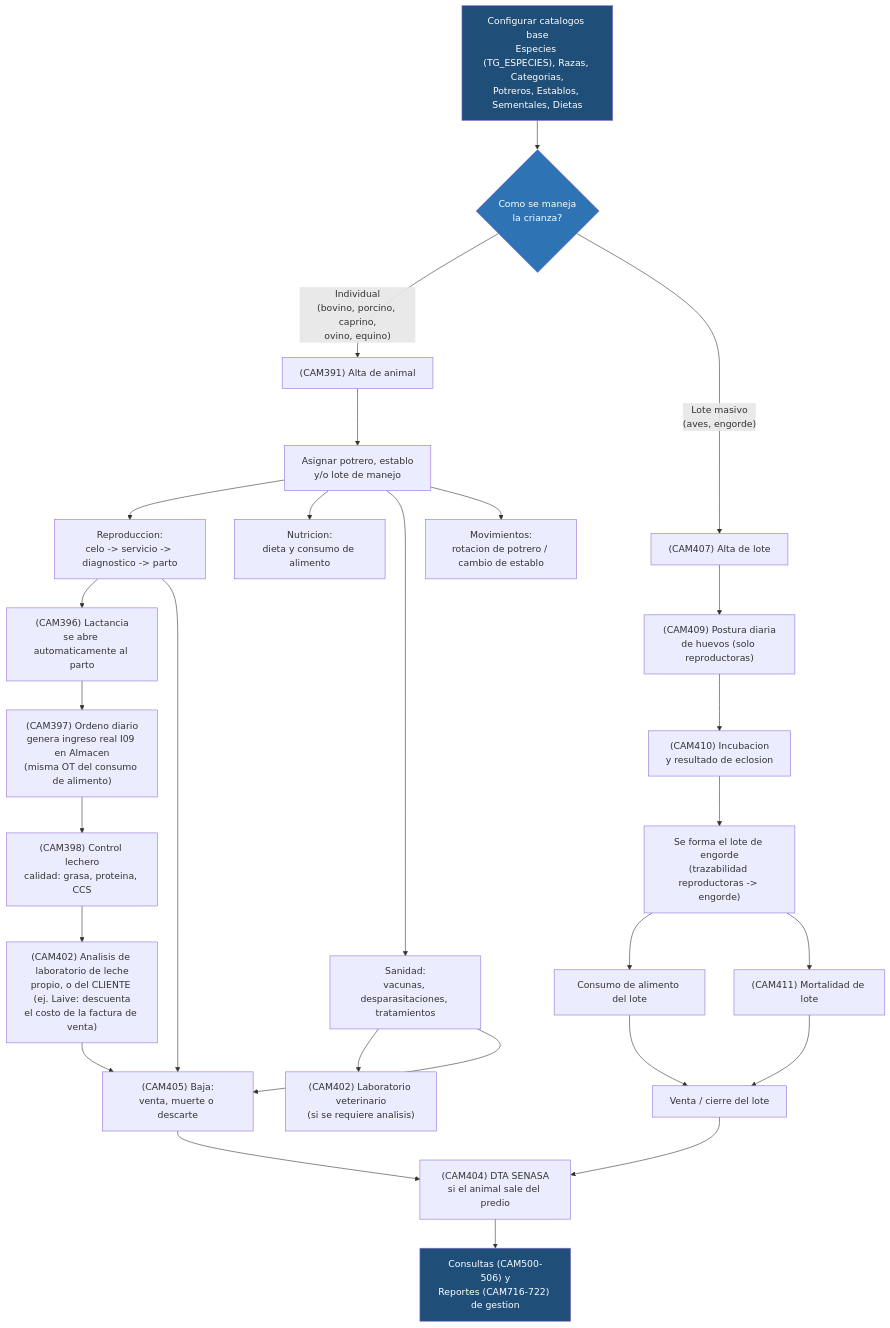
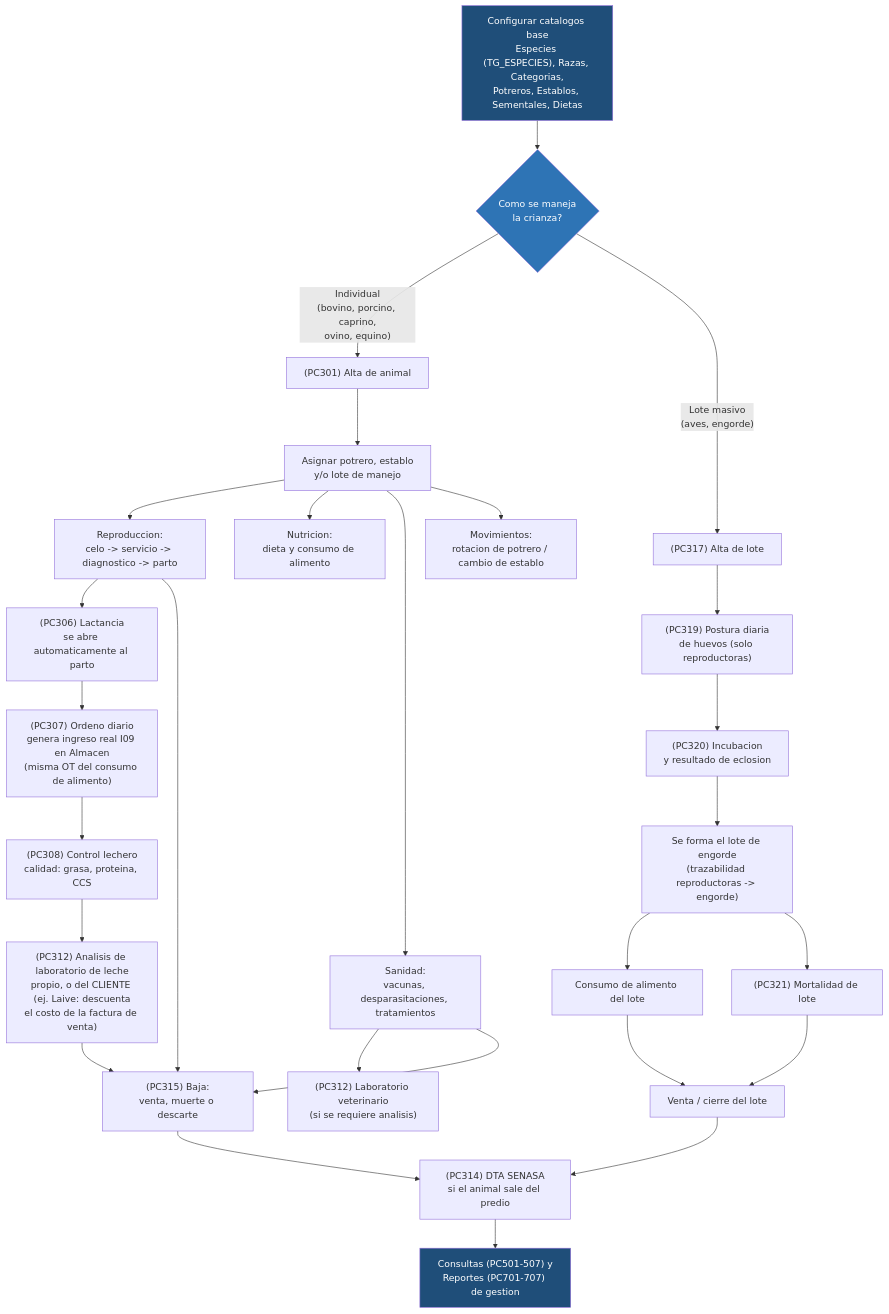
Before and after one commit to jramirezch1978/sigre_web: the first of 3 diagrams in Source ERPs/metadata SIGRE/pecuario/pecuario_modulo_diseno.md, drawn with Mermaid. The commit also changed other lines of this file and 3 other files, not shown here.

First line of the commit message:
feat(pecuario): renumerar de CAM (prestado de Campo) a PC (prefijo propio)

````diff
--- a/Source ERPs/metadata SIGRE/pecuario/pecuario_modulo_diseno.md
+++ b/Source ERPs/metadata SIGRE/pecuario/pecuario_modulo_diseno.md
@@ -196,37 +196,37 @@
 ```mermaid
 flowchart TD
     A["Configurar catalogos base<br/>Especies (TG_ESPECIES), Razas, Categorias,<br/>Potreros, Establos, Sementales, Dietas"] --> B{"Como se maneja<br/>la crianza?"}
 
-    B -->|"Individual<br/>(bovino, porcino, caprino,<br/>ovino, equino)"| C["(CAM391) Alta de animal"]
-    B -->|"Lote masivo<br/>(aves, engorde)"| D["(CAM407) Alta de lote"]
+    B -->|"Individual<br/>(bovino, porcino, caprino,<br/>ovino, equino)"| C["(PC301) Alta de animal"]
+    B -->|"Lote masivo<br/>(aves, engorde)"| D["(PC317) Alta de lote"]
 
     C --> C1["Asignar potrero, establo<br/>y/o lote de manejo"]
     C1 --> C2["Reproduccion:<br/>celo -> servicio -> diagnostico -> parto"]
-    C2 --> C3["(CAM396) Lactancia<br/>se abre automaticamente al parto"]
-    C3 --> C3a["(CAM397) Ordeno diario<br/>genera ingreso real I09 en Almacen<br/>(misma OT del consumo de alimento)"]
-    C3a --> C3b["(CAM398) Control lechero<br/>calidad: grasa, proteina, CCS"]
-    C3b --> C3c["(CAM402) Analisis de laboratorio de leche<br/>propio, o del CLIENTE (ej. Laive: descuenta<br/>el costo de la factura de venta)"]
+    C2 --> C3["(PC306) Lactancia<br/>se abre automaticamente al parto"]
+    C3 --> C3a["(PC307) Ordeno diario<br/>genera ingreso real I09 en Almacen<br/>(misma OT del consumo de alimento)"]
+    C3a --> C3b["(PC308) Control lechero<br/>calidad: grasa, proteina, CCS"]
+    C3b --> C3c["(PC312) Analisis de laboratorio de leche<br/>propio, o del CLIENTE (ej. Laive: descuenta<br/>el costo de la factura de venta)"]
     C1 --> C4["Nutricion:<br/>dieta y consumo de alimento"]
     C1 --> C5["Sanidad:<br/>vacunas, desparasitaciones, tratamientos"]
-    C5 --> C6["(CAM402) Laboratorio veterinario<br/>(si se requiere analisis)"]
+    C5 --> C6["(PC312) Laboratorio veterinario<br/>(si se requiere analisis)"]
     C1 --> C7["Movimientos:<br/>rotacion de potrero / cambio de establo"]
-    C2 --> C8["(CAM405) Baja:<br/>venta, muerte o descarte"]
+    C2 --> C8["(PC315) Baja:<br/>venta, muerte o descarte"]
     C3c --> C8
     C5 --> C8
 
-    D --> D1["(CAM409) Postura diaria<br/>de huevos (solo reproductoras)"]
-    D1 --> D2["(CAM410) Incubacion<br/>y resultado de eclosion"]
+    D --> D1["(PC319) Postura diaria<br/>de huevos (solo reproductoras)"]
+    D1 --> D2["(PC320) Incubacion<br/>y resultado de eclosion"]
     D2 --> D3["Se forma el lote de engorde<br/>(trazabilidad reproductoras -> engorde)"]
     D3 --> D4["Consumo de alimento del lote"]
-    D3 --> D5["(CAM411) Mortalidad de lote"]
+    D3 --> D5["(PC321) Mortalidad de lote"]
     D4 --> D6["Venta / cierre del lote"]
     D5 --> D6
 
-    C8 --> E["(CAM404) DTA SENASA<br/>si el animal sale del predio"]
+    C8 --> E["(PC314) DTA SENASA<br/>si el animal sale del predio"]
     D6 --> E
-    E --> F["Consultas (CAM500-506) y<br/>Reportes (CAM716-722) de gestion"]
+    E --> F["Consultas (PC501-507) y<br/>Reportes (PC701-707) de gestion"]
 
     style A fill:#1F4E79,color:#ffffff
     style B fill:#2E74B5,color:#ffffff
     style F fill:#1F4E79,color:#ffffff
 ```
````
